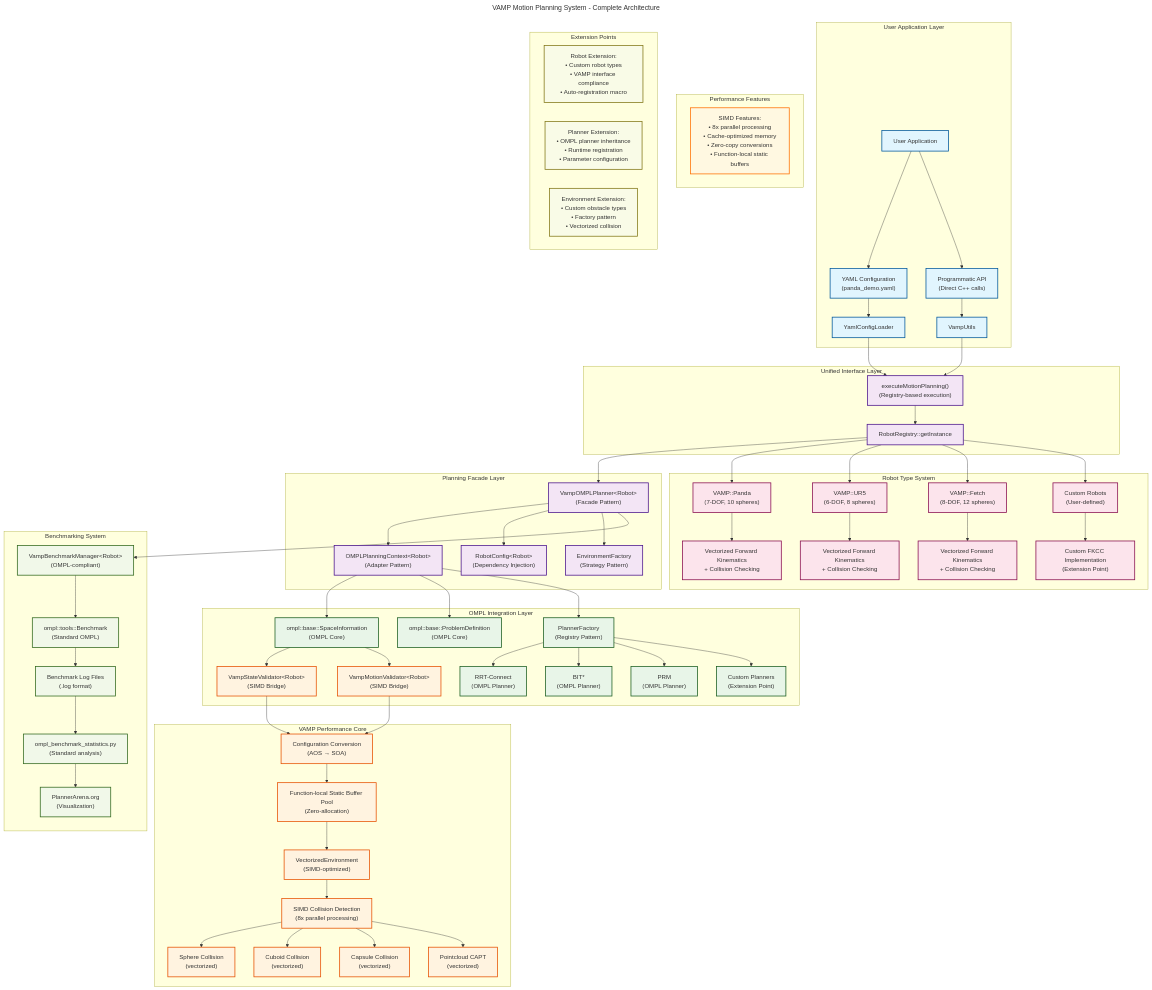
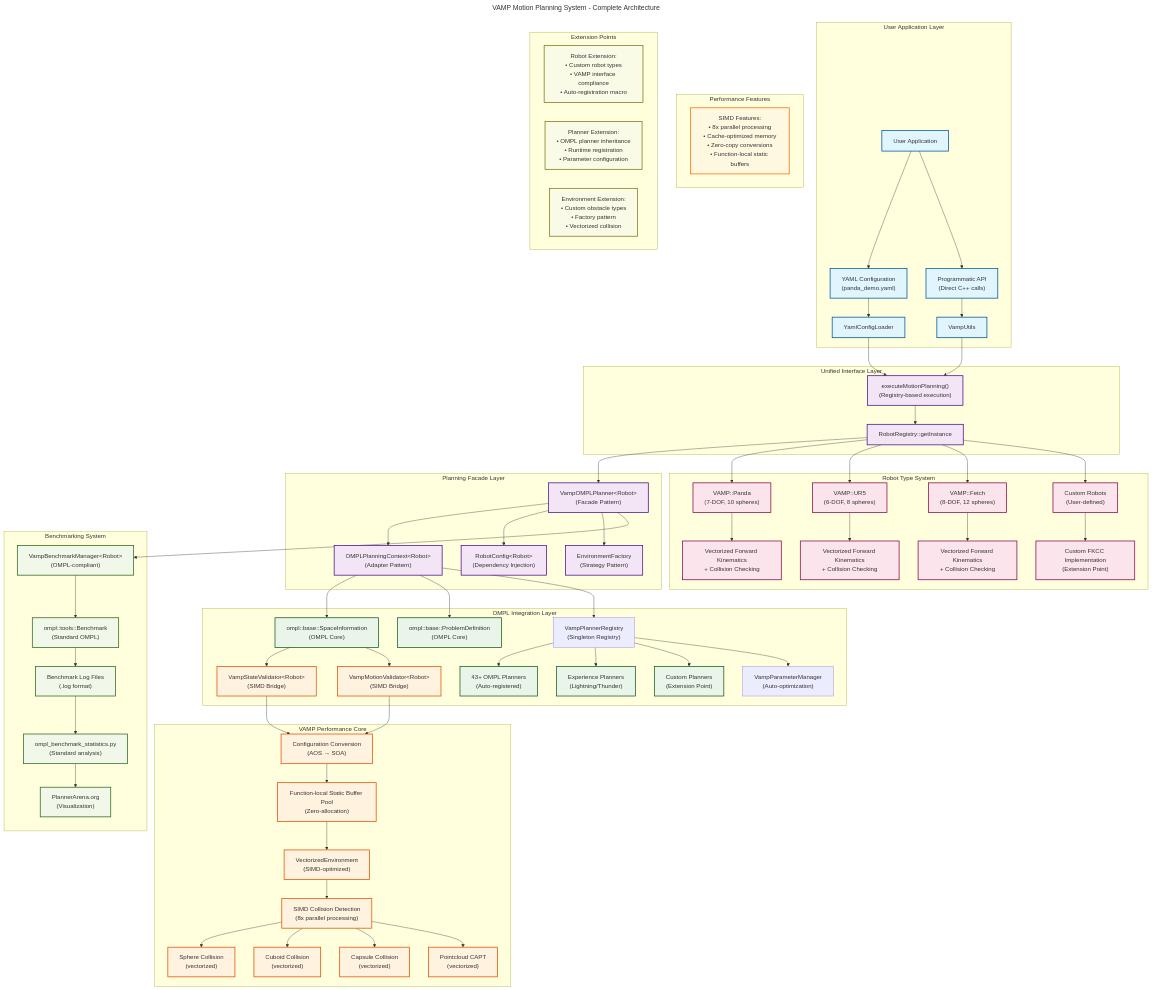
The diagram in demos/Vamp/docs/diagrams/01-system-architecture-overview.mmd (ompl/ompl), drawn with Mermaid before and after one commit. The commit also changed 12 other files, not shown here.

```diff
--- a/demos/Vamp/docs/diagrams/01-system-architecture-overview.mmd
+++ b/demos/Vamp/docs/diagrams/01-system-architecture-overview.mmd
@@ -1,109 +1,110 @@
 ---
 title: "VAMP Motion Planning System - Complete Architecture"
 ---
 graph TB
     %% User Interface Layer
     subgraph "User Application Layer"
         A[User Application] --> B["YAML Configuration<br/>(panda_demo.yaml)"]
         A --> C["Programmatic API<br/>(Direct C++ calls)"]
         B --> YL[YamlConfigLoader]
         C --> VU[VampUtils]
     end
     
     %% Unified Interface Layer
     subgraph "Unified Interface Layer"
         YL --> ER["executeMotionPlanning()<br/>(Registry-based execution)"]
         VU --> ER
         ER --> RR[RobotRegistry::getInstance]
     end
     
     %% Planning Facade Layer
     subgraph "Planning Facade Layer"
         RR --> VOP["VampOMPLPlanner&lt;Robot&gt;<br/>(Facade Pattern)"]
         VOP --> OPC["OMPLPlanningContext&lt;Robot&gt;<br/>(Adapter Pattern)"]
         VOP --> RC["RobotConfig&lt;Robot&gt;<br/>(Dependency Injection)"]
         VOP --> EF["EnvironmentFactory<br/>(Strategy Pattern)"]
     end
     
     %% OMPL Integration Layer
     subgraph "OMPL Integration Layer"
         OPC --> SI["ompl::base::SpaceInformation<br/>(OMPL Core)"]
         OPC --> PD["ompl::base::ProblemDefinition<br/>(OMPL Core)"]
-        OPC --> PF["PlannerFactory<br/>(Registry Pattern)"]
+        OPC --> VPR["VampPlannerRegistry<br/>(Singleton Registry)"]
         
         SI --> VSV["VampStateValidator&lt;Robot&gt;<br/>(SIMD Bridge)"]
         SI --> VMV["VampMotionValidator&lt;Robot&gt;<br/>(SIMD Bridge)"]
         
-        PF --> OP1["RRT-Connect<br/>(OMPL Planner)"]
-        PF --> OP2["BIT*<br/>(OMPL Planner)"]
-        PF --> OP3["PRM<br/>(OMPL Planner)"]
-        PF --> OPN["Custom Planners<br/>(Extension Point)"]
+        VPR --> OP1["43+ OMPL Planners<br/>(Auto-registered)"]
+        VPR --> OP2["Experience Planners<br/>(Lightning/Thunder)"]
+        VPR --> OPN["Custom Planners<br/>(Extension Point)"]
+        
+        VPR --> VPM["VampParameterManager<br/>(Auto-optimization)"]
     end
     
     %% VAMP Performance Core
     subgraph "VAMP Performance Core"
         VSV --> CC["Configuration Conversion<br/>(AOS → SOA)"]
         VMV --> CC
         CC --> TLB["Function-local Static Buffer Pool<br/>(Zero-allocation)"]
         TLB --> VE["VectorizedEnvironment<br/>(SIMD-optimized)"]
         
         VE --> SC["SIMD Collision Detection<br/>(8x parallel processing)"]
         SC --> SPHERE["Sphere Collision<br/>(vectorized)"]
         SC --> CUBOID["Cuboid Collision<br/>(vectorized)"]
         SC --> CAPSULE["Capsule Collision<br/>(vectorized)"]
         SC --> CLOUD["Pointcloud CAPT<br/>(vectorized)"]
     end
     
     %% Robot Type System
     subgraph "Robot Type System"
         RR --> RT1["VAMP::Panda<br/>(7-DOF, 10 spheres)"]
         RR --> RT2["VAMP::UR5<br/>(6-DOF, 8 spheres)"]
         RR --> RT3["VAMP::Fetch<br/>(8-DOF, 12 spheres)"]
         RR --> RTC["Custom Robots<br/>(User-defined)"]
         
         RT1 --> FKCC1["Vectorized Forward Kinematics<br/>+ Collision Checking"]
         RT2 --> FKCC2["Vectorized Forward Kinematics<br/>+ Collision Checking"]
         RT3 --> FKCC3["Vectorized Forward Kinematics<br/>+ Collision Checking"]
         RTC --> FKCCC["Custom FKCC Implementation<br/>(Extension Point)"]
     end
     
     %% Benchmarking System
     subgraph "Benchmarking System"
         VOP --> VBM["VampBenchmarkManager&lt;Robot&gt;<br/>(OMPL-compliant)"]
         VBM --> OB["ompl::tools::Benchmark<br/>(Standard OMPL)"]
         OB --> BL["Benchmark Log Files<br/>(.log format)"]
         BL --> OBS["ompl_benchmark_statistics.py<br/>(Standard analysis)"]
         OBS --> PA["PlannerArena.org<br/>(Visualization)"]
     end
     
     %% Performance Features
     subgraph "Performance Features"
         SIMD_FEAT["SIMD Features:<br/>• 8x parallel processing<br/>• Cache-optimized memory<br/>• Zero-copy conversions<br/>• Function-local static buffers"]
     end
     
     %% Extension Points
     subgraph "Extension Points"
         EXT_ROBOT["Robot Extension:<br/>• Custom robot types<br/>• VAMP interface compliance<br/>• Auto-registration macro"]
         EXT_PLAN["Planner Extension:<br/>• OMPL planner inheritance<br/>• Runtime registration<br/>• Parameter configuration"]
         EXT_ENV["Environment Extension:<br/>• Custom obstacle types<br/>• Factory pattern<br/>• Vectorized collision"]
     end
     
     %% Style definitions
     classDef userLayer fill:#e1f5fe,stroke:#01579b,stroke-width:2px
     classDef facadeLayer fill:#f3e5f5,stroke:#4a148c,stroke-width:2px
     classDef omplLayer fill:#e8f5e8,stroke:#1b5e20,stroke-width:2px
     classDef vampLayer fill:#fff3e0,stroke:#e65100,stroke-width:2px
     classDef robotLayer fill:#fce4ec,stroke:#880e4f,stroke-width:2px
     classDef benchLayer fill:#f1f8e9,stroke:#33691e,stroke-width:2px
     classDef perfLayer fill:#fff8e1,stroke:#ff6f00,stroke-width:2px
     classDef extLayer fill:#f9fbe7,stroke:#827717,stroke-width:2px
     
     %% Apply styles
     class A,B,C,YL,VU userLayer
     class ER,RR,VOP,OPC,RC,EF facadeLayer
     class SI,PD,PF,OP1,OP2,OP3,OPN omplLayer
     class VSV,VMV,CC,TLB,VE,SC,SPHERE,CUBOID,CAPSULE,CLOUD vampLayer
     class RT1,RT2,RT3,RTC,FKCC1,FKCC2,FKCC3,FKCCC robotLayer
     class VBM,OB,BL,OBS,PA benchLayer
     class SIMD_FEAT perfLayer
     class EXT_ROBOT,EXT_PLAN,EXT_ENV extLayer
```
